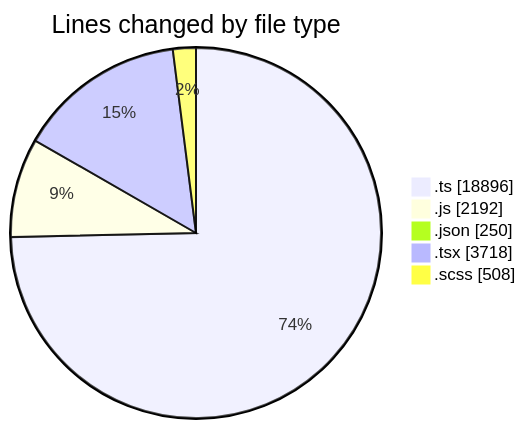
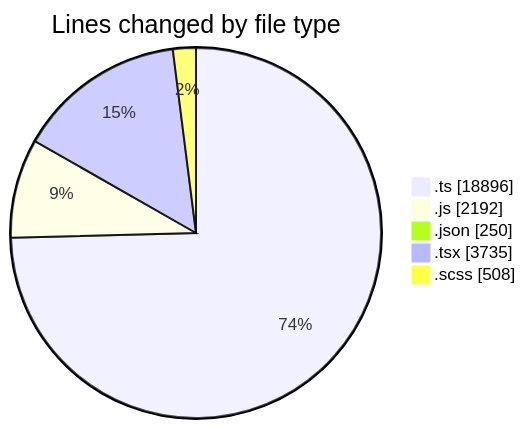
One commit to momahboobian/code-tracking changed the first of 2 diagrams in 2026-06-18/cda/README.md. Above: the diagram before and after it, drawn with Mermaid. The commit also changed other lines of this file and 1 other file, not shown here.

````diff
--- a/2026-06-18/cda/README.md
+++ b/2026-06-18/cda/README.md
@@ -70,9 +70,9 @@
 ```mermaid
 pie showData
 title Lines changed by file type
 ".ts" : 18896
 ".js" : 2192
 ".json" : 250
-".tsx" : 3718
+".tsx" : 3735
 ".scss" : 508
 ```
````
